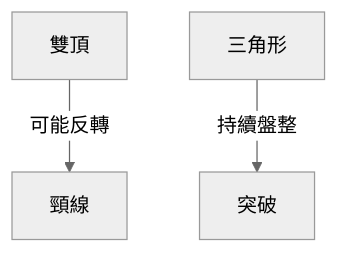
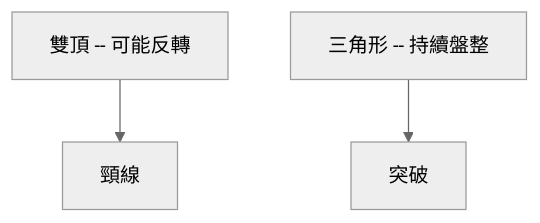
Before and after one commit to yennanliu/finance_data: the fourth of 11 diagrams in ai_gen_report/stock/nvda/technical_analysis_2026-04-03_openai.md, drawn with Mermaid (neutral theme). The commit also changed other lines of this file and 2258 other files, not shown here.

First line of the commit message:
chore: backfill Mermaid syntax repair across existing reports

````diff
--- a/ai_gen_report/stock/nvda/technical_analysis_2026-04-03_openai.md
+++ b/ai_gen_report/stock/nvda/technical_analysis_2026-04-03_openai.md
@@ -151,5 +151,5 @@
 ```mermaid
 graph TD
-    雙頂 -- 可能反轉 --> 頸線
-    三角形 -- 持續盤整 --> 突破
+    nb1["雙頂 -- 可能反轉"] --> 頸線
+    nb2["三角形 -- 持續盤整"] --> 突破
 ```
````
